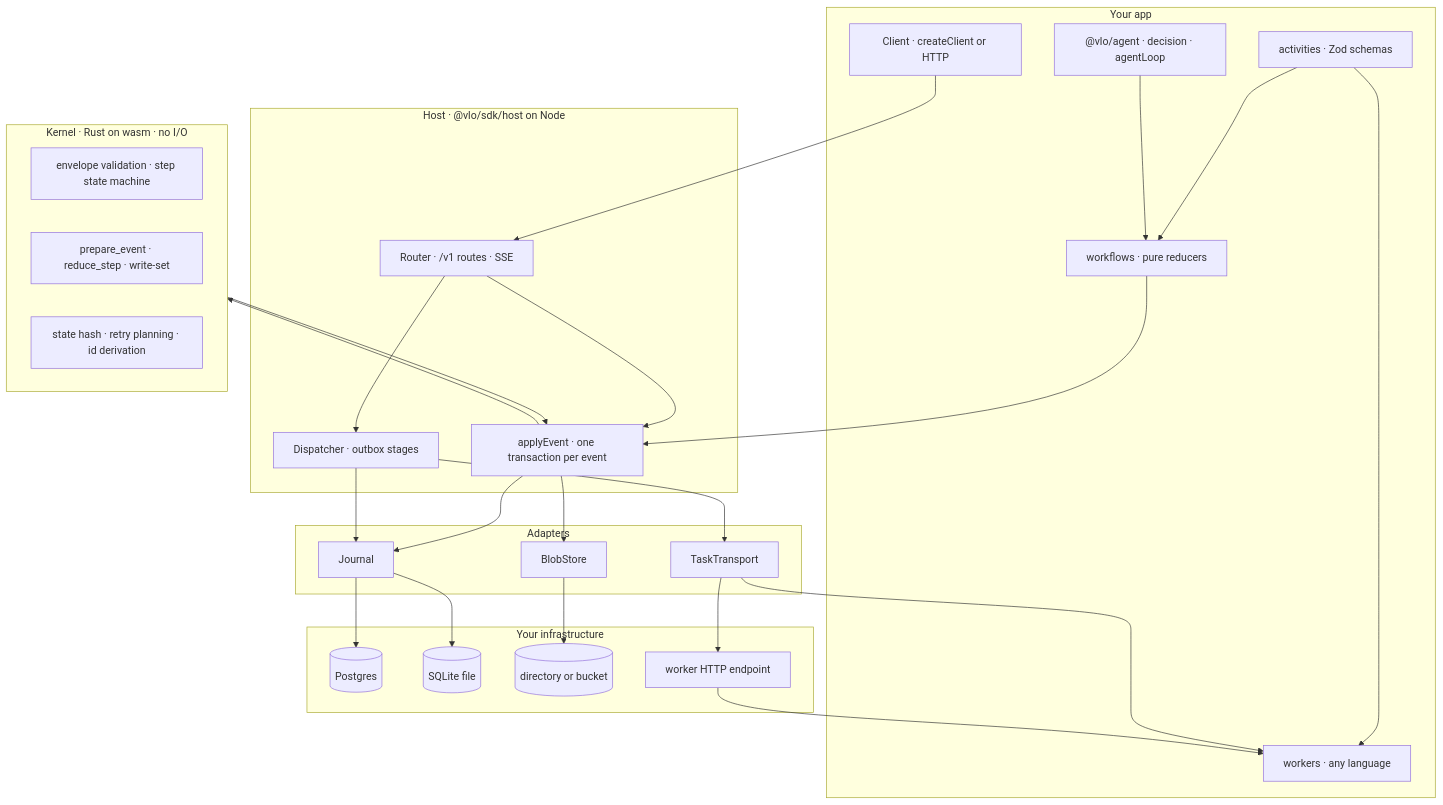
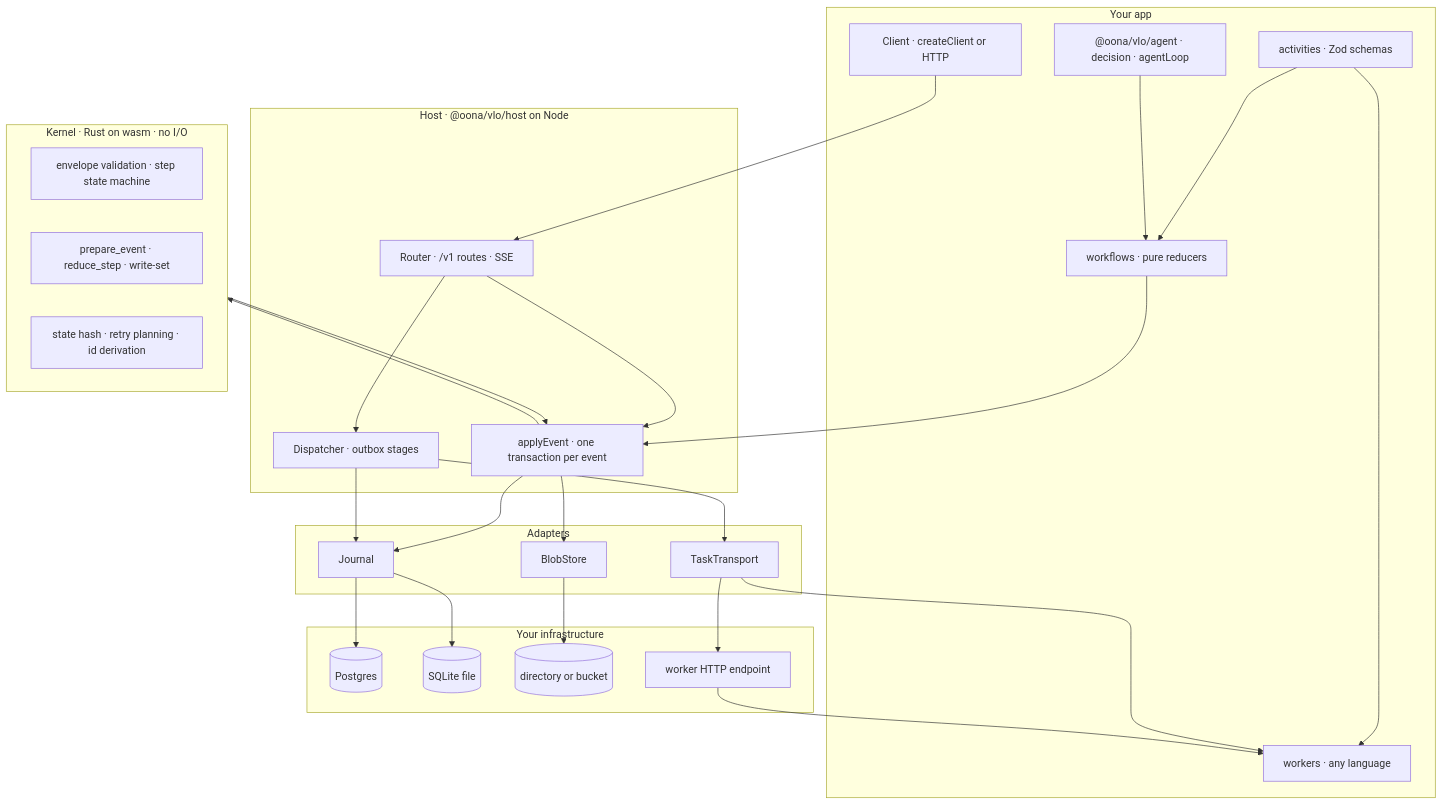
The first of 3 diagrams in docs/architecture.md (oonalab/vlo), drawn with Mermaid before and after one commit. The commit also changed 9522 other files, not shown here.

````diff
--- a/docs/architecture.md
+++ b/docs/architecture.md
@@ -7,50 +7,50 @@
 ```mermaid
 flowchart TB
   subgraph APP["Your app"]
     ACT["activities · Zod schemas"]
     WF["workflows · pure reducers"]
     WK["workers · any language"]
-    AG["@vlo/agent · decision · agentLoop"]
+    AG["@oona/vlo/agent · decision · agentLoop"]
     CL["Client · createClient or HTTP"]
   end
   subgraph K["Kernel · Rust on wasm · no I/O"]
     ENV["envelope validation · step state machine"]
     RD["prepare_event · reduce_step · write-set"]
     RT["state hash · retry planning · id derivation"]
   end
-  subgraph H["Host · @vlo/sdk/host on Node"]
+  subgraph H["Host · @oona/vlo/host on Node"]
     TR["applyEvent · one transaction per event"]
     DI["Dispatcher · outbox stages"]
     RO["Router · /v1 routes · SSE"]
   end
   subgraph AD["Adapters"]
     J["Journal"]
     B["BlobStore"]
     T["TaskTransport"]
   end
   subgraph INF["Your infrastructure"]
     PG[("Postgres")]
     SQ[("SQLite file")]
     FS[("directory or bucket")]
     HTTP["worker HTTP endpoint"]
   end
   ACT --> WF
   ACT --> WK
   AG --> WF
   CL --> RO
   WF --> TR
   TR --> K
   K --> TR
   TR --> J
   TR --> B
   DI --> J
   DI --> T
   RO --> TR
   RO --> DI
   J --> PG
   J --> SQ
   B --> FS
   T --> HTTP
   T --> WK
   HTTP --> WK
 ```
````
